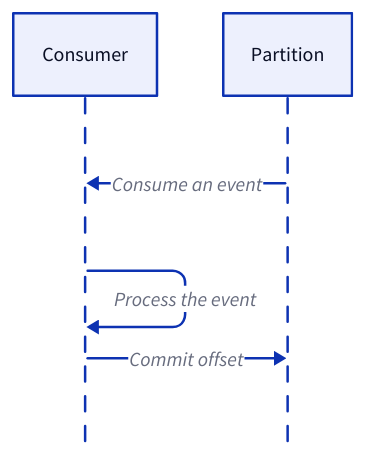
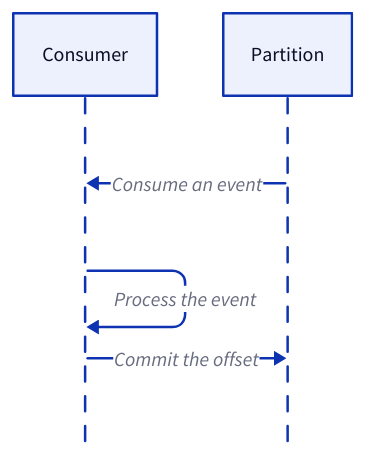
One commit to link1905/system-design-101 changed the seventh of 14 diagrams in content/data-persistence/event-streaming-platform/delivery-semantics.md. Above: the diagram before and after it, drawn with D2. The commit also changed other lines of this file and 42 other files, not shown here.

````diff
--- a/content/data-persistence/event-streaming-platform/delivery-semantics.md
+++ b/content/data-persistence/event-streaming-platform/delivery-semantics.md
@@ -173,12 +172,12 @@
 ```d2
 shape: sequence_diagram
 c: Consumer {
     class: server
 }
 e: Partition {
     class: mq
 }
 c <- e: Consume an event
 c -> c: Process the event
-c -> e: Commit offset
+c -> e: Commit the offset
 ```
````
